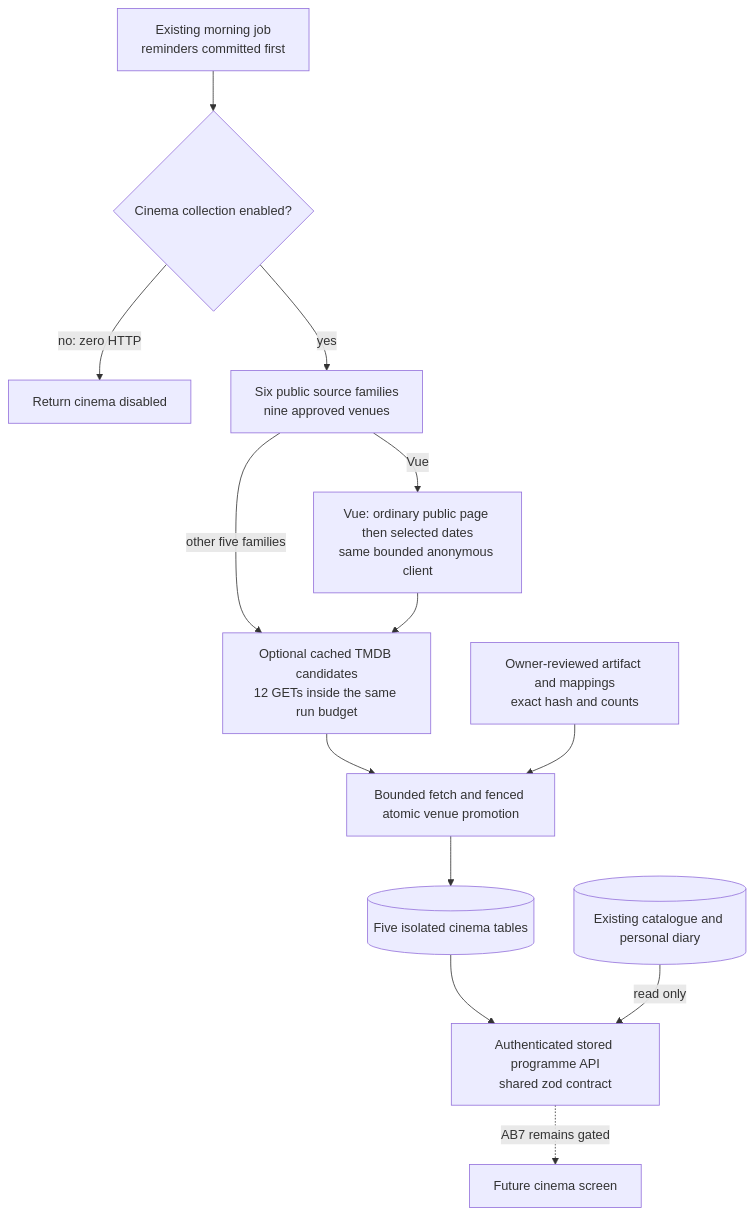
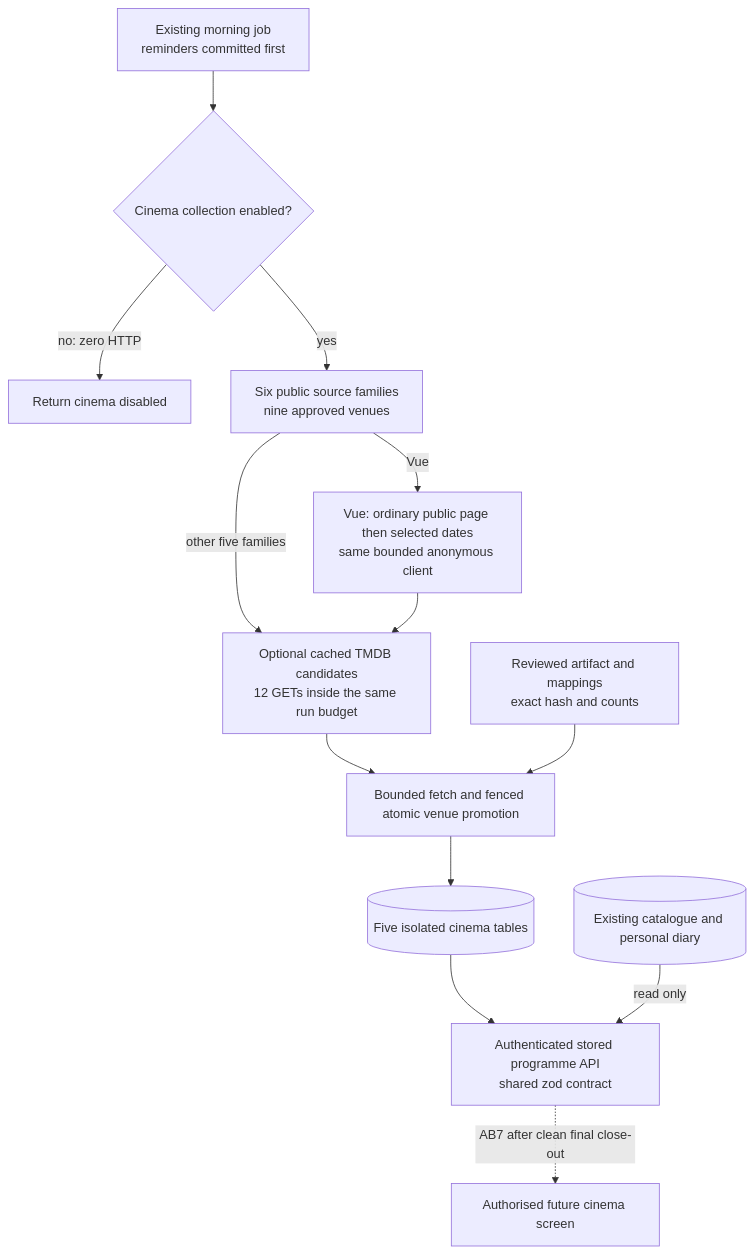
The second of 16 diagrams in docs/architecture-map.md (CraigR973/mcu-app), drawn with Mermaid before and after one commit. The commit also changed other lines of this file and 14 other files, not shown here.

````diff
--- a/docs/architecture-map.md
+++ b/docs/architecture-map.md
@@ -21,15 +21,15 @@
 ```mermaid
 flowchart TB
     Reminder[Existing morning job<br/>reminders committed first] --> Disabled{Cinema collection enabled?}
     Disabled -- no: zero HTTP --> Stop[Return cinema disabled]
     Disabled -- yes --> Public[Six public source families<br/>nine approved venues]
     Public -- Vue --> PageFirst[Vue: ordinary public page then selected dates<br/>same bounded anonymous client]
     Public -- other five families --> Metadata
     PageFirst --> Metadata[Optional cached TMDB candidates<br/>12 GETs inside the same run budget]
     Metadata --> Fence[Bounded fetch and fenced atomic venue promotion]
-    Review[Owner-reviewed artifact and mappings<br/>exact hash and counts] --> Fence
+    Review[Reviewed artifact and mappings<br/>exact hash and counts] --> Fence
     Fence --> Cinema[(Five isolated cinema tables)]
     Cinema --> Read[Authenticated stored programme API<br/>shared zod contract]
     Catalogue[(Existing catalogue and personal diary)] -- read only --> Read
-    Read -. AB7 remains gated .-> Discovery[Future cinema screen]
+    Read -. AB7 after clean final close-out .-> Discovery[Authorised future cinema screen]
 ```
````
